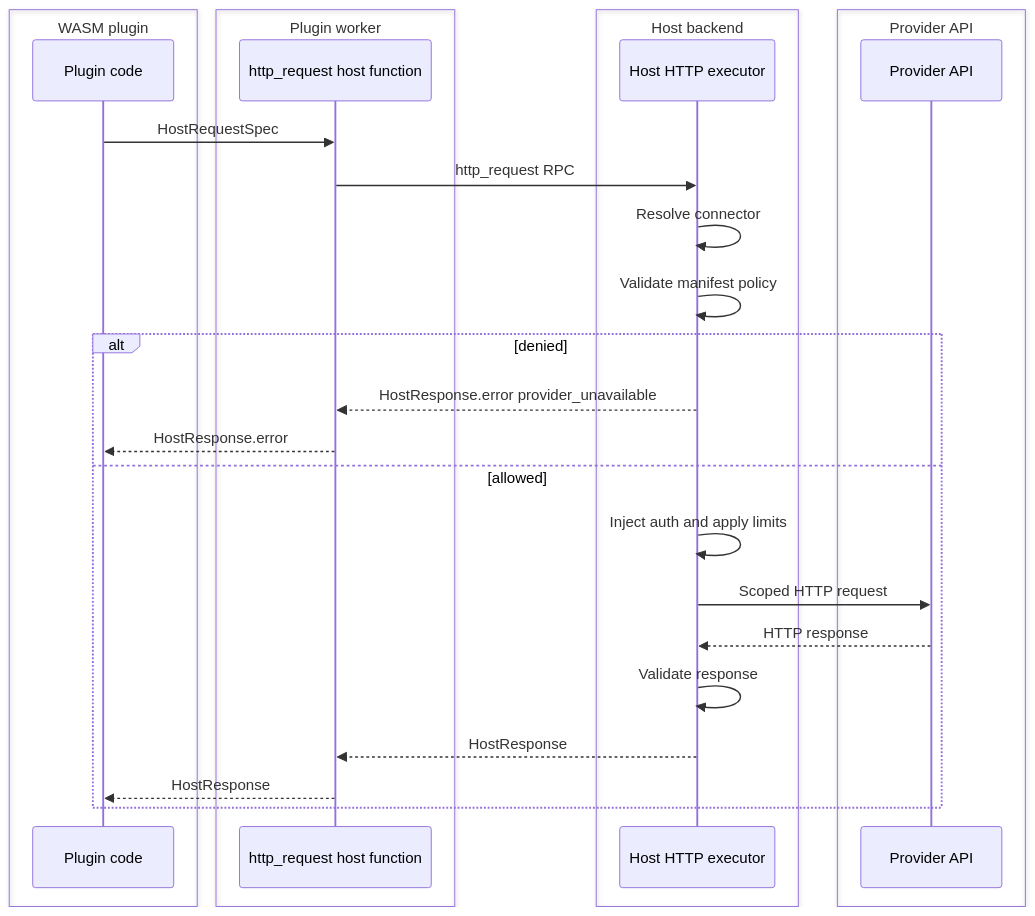
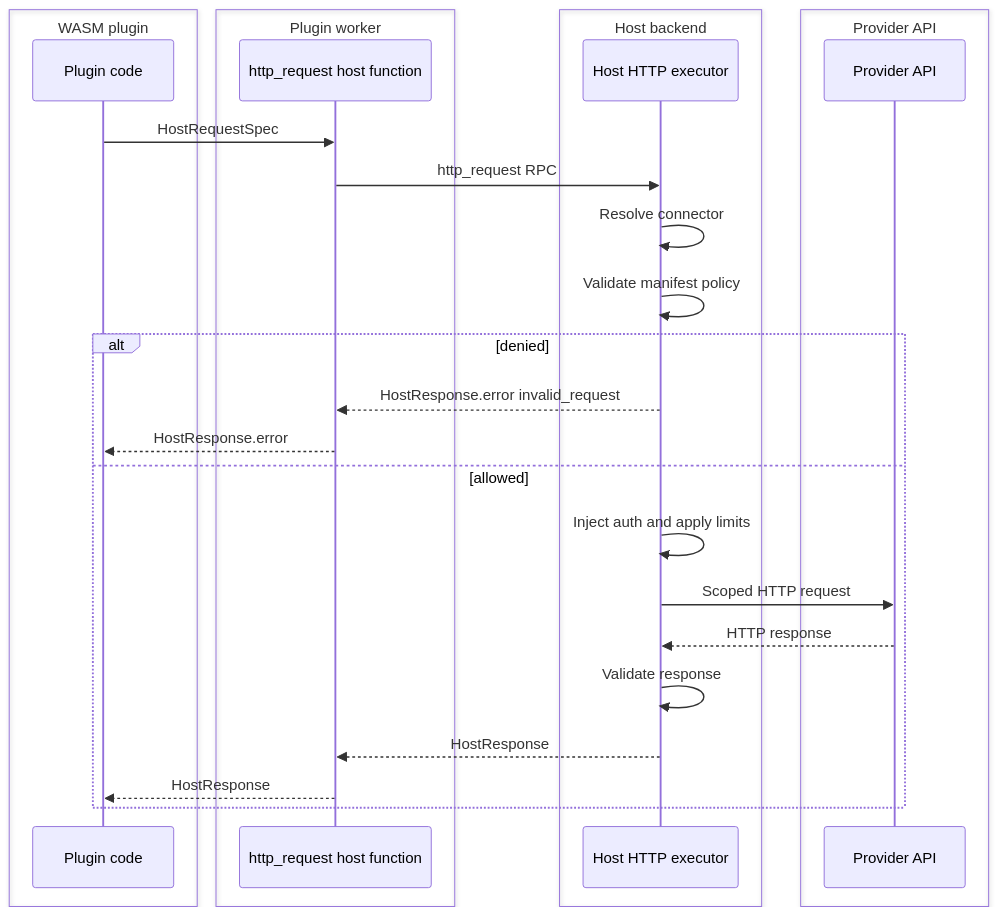
One commit to Flomp/wanderer changed the second of 11 diagrams in plugins/README.md. Above: the diagram before and after it, drawn with Mermaid. The commit also changed other lines of this file and 44 other files, not shown here.

First line of the commit message:
fix(plugins): classify provider errors without exposing response bodies

````diff
--- a/plugins/README.md
+++ b/plugins/README.md
@@ -140,31 +140,31 @@
 ```mermaid
 sequenceDiagram
   box WASM plugin
     participant Plugin as Plugin code
   end
   box Plugin worker
     participant Worker as http_request host function
   end
   box Host backend
     participant Host as Host HTTP executor
   end
   box Provider API
     participant Provider as Provider API
   end
 
   Plugin->>Worker: HostRequestSpec
   Worker->>Host: http_request RPC
   Host->>Host: Resolve connector
   Host->>Host: Validate manifest policy
   alt denied
-    Host-->>Worker: HostResponse.error provider_unavailable
+    Host-->>Worker: HostResponse.error invalid_request
     Worker-->>Plugin: HostResponse.error
   else allowed
     Host->>Host: Inject auth and apply limits
     Host->>Provider: Scoped HTTP request
     Provider-->>Host: HTTP response
     Host->>Host: Validate response
     Host-->>Worker: HostResponse
     Worker-->>Plugin: HostResponse
   end
 ```
````
